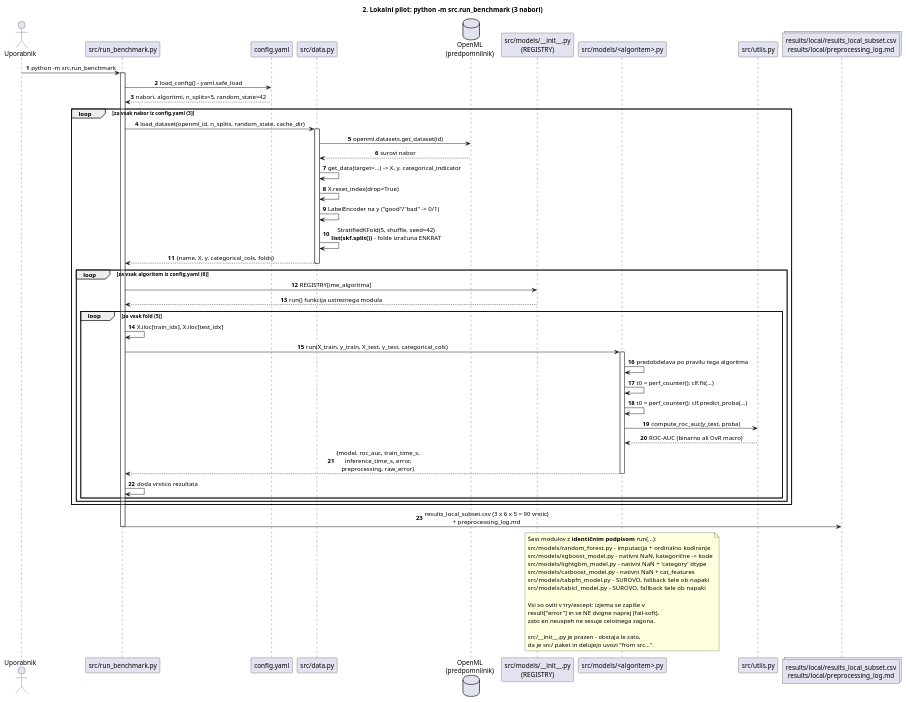
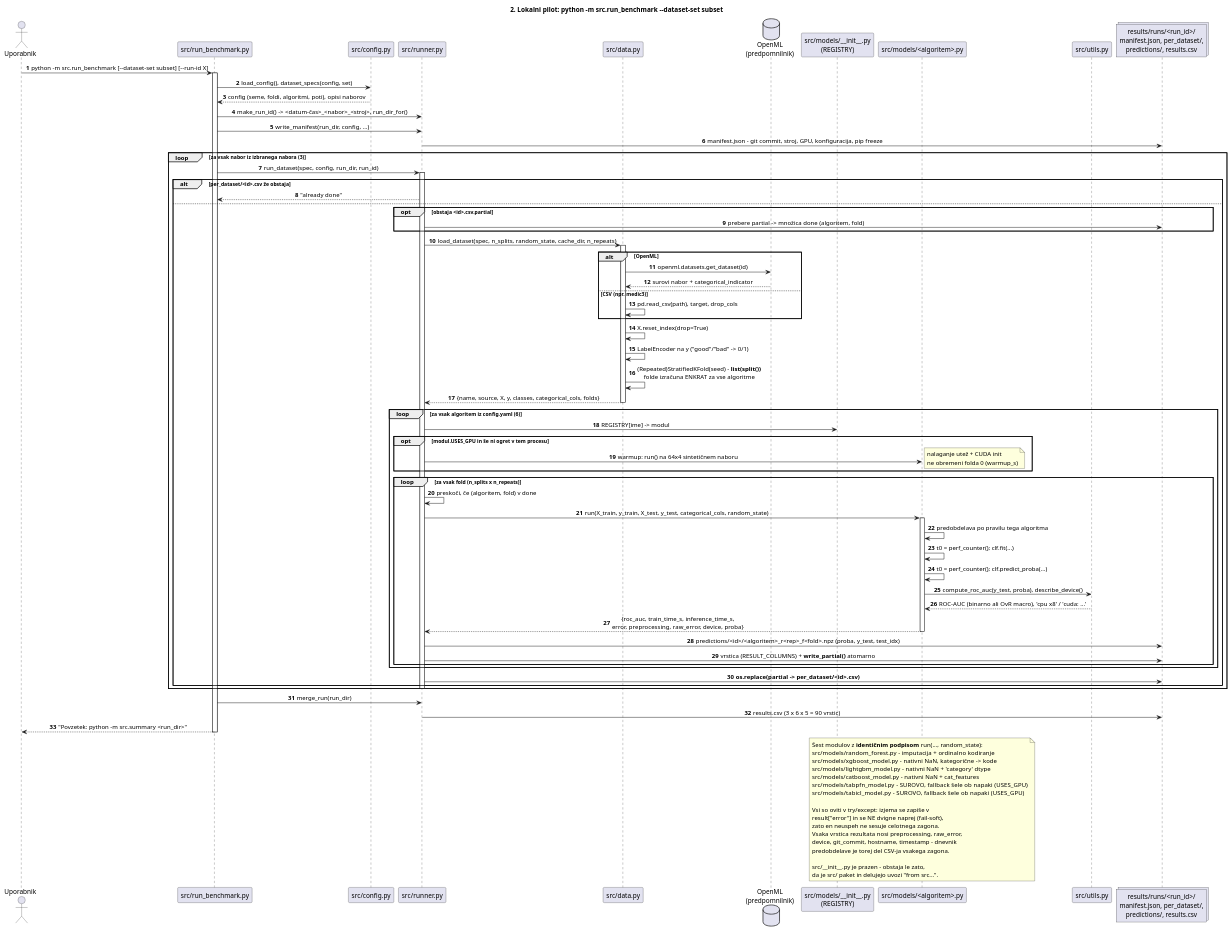
One commit to TilenZrnec/Diplomsko-delo_Koda changed the second of 4 diagrams in razlaga_repozitorija/zaporedje.puml. Above: the diagram before and after it, drawn with PlantUML. The commit also changed other lines of this file and 30 other files, not shown here.

First line of the commit message:
Restructure benchmark: one runner, config-driven, per-run directories, stats

```diff
--- a/razlaga_repozitorija/zaporedje.puml
+++ b/razlaga_repozitorija/zaporedje.puml
@@ -87,75 +94,101 @@
 @startuml 02_lokalni_pilot
-title 2. Lokalni pilot: python -m src.run_benchmark (3 nabori)
+title 2. Lokalni pilot: python -m src.run_benchmark ~--dataset-set subset
 
 skinparam sequenceMessageAlign center
 autonumber
 
 actor "Uporabnik" as U
 participant "src/run_benchmark.py" as BENCH
-participant "config.yaml" as CFG
+participant "src/config.py" as CFGPY
+participant "src/runner.py" as RUN
 participant "src/data.py" as DATA
 database "OpenML\n(predpomnilnik)" as OML
 participant "src/models/~__init~__.py\n(REGISTRY)" as REG
 participant "src/models/<algoritem>.py" as MODEL
 participant "src/utils.py" as UTILS
-collections "results/local/results_local_subset.csv\nresults/local/preprocessing_log.md" as OUT
+collections "results/runs/<run_id>/\nmanifest.json, per_dataset/,\npredictions/, results.csv" as OUT
 
-U -> BENCH : python -m src.run_benchmark
+U -> BENCH : python -m src.run_benchmark [~--dataset-set subset] [~--run-id X]
 activate BENCH
 
-BENCH -> CFG : load_config() - yaml.safe_load
-CFG --> BENCH : nabori, algoritmi, n_splits=5, random_state=42
+BENCH -> CFGPY : load_config(), dataset_specs(config, set)
+CFGPY --> BENCH : config (seme, foldi, algoritmi, poti), opisi naborov
+BENCH -> RUN : make_run_id() -> <datum-čas>_<nabor>_<stroj>, run_dir_for()
+BENCH -> RUN : write_manifest(run_dir, config, ...)
+RUN -> OUT : manifest.json - git commit, stroj, GPU, konfiguracija, pip freeze
 
-loop za vsak nabor iz config.yaml (3)
-    BENCH -> DATA : load_dataset(openml_id, n_splits, random_state, cache_dir)
-    activate DATA
-    DATA -> OML : openml.datasets.get_dataset(id)
-    OML --> DATA : surovi nabor
-    DATA -> DATA : get_data(target=...) -> X, y, categorical_indicator
-    DATA -> DATA : X.reset_index(drop=True)
-    DATA -> DATA : LabelEncoder na y ("good"/"bad" -> 0/1)
-    DATA -> DATA : StratifiedKFold(5, shuffle, seed=42)\n**list(skf.split())** - folde izračuna ENKRAT
-    DATA --> BENCH : {name, X, y, categorical_cols, folds}
-    deactivate DATA
+loop za vsak nabor iz izbranega nabora (3)
+    BENCH -> RUN : run_dataset(spec, config, run_dir, run_id)
+    activate RUN
+    alt per_dataset/<id>.csv že obstaja
+        RUN --> BENCH : "already done"
+    else
+        opt obstaja <id>.csv.partial
+            RUN -> OUT : prebere partial -> množica done (algoritem, fold)
+        end
+        RUN -> DATA : load_dataset(spec, n_splits, random_state, cache_dir, n_repeats)
+        activate DATA
+        alt OpenML
+            DATA -> OML : openml.datasets.get_dataset(id)
+            OML --> DATA : surovi nabor + categorical_indicator
+        else CSV (npr. medic3)
+            DATA -> DATA : pd.read_csv(path), target, drop_cols
+        end
+        DATA -> DATA : X.reset_index(drop=True)
+        DATA -> DATA : LabelEncoder na y ("good"/"bad" -> 0/1)
+        DATA -> DATA : (Repeated)StratifiedKFold(seed) - **list(split())**\nfolde izračuna ENKRAT za vse algoritme
+        DATA --> RUN : {name, source, X, y, classes, categorical_cols, folds}
+        deactivate DATA
 
-    loop za vsak algoritem iz config.yaml (6)
-        BENCH -> REG : REGISTRY[ime_algoritma]
-        REG --> BENCH : run() funkcija ustreznega modula
-
-        loop za vsak fold (5)
-            BENCH -> BENCH : X.iloc[train_idx], X.iloc[test_idx]
-            BENCH -> MODEL : run(X_train, y_train, X_test, y_test, categorical_cols)
-            activate MODEL
-            MODEL -> MODEL : predobdelava po pravilu tega algoritma
-            MODEL -> MODEL : t0 = perf_counter(); clf.fit(...)
-            MODEL -> MODEL : t0 = perf_counter(); clf.predict_proba(...)
-            MODEL -> UTILS : compute_roc_auc(y_test, proba)
-            UTILS --> MODEL : ROC-AUC (binarno ali OvR macro)
-            MODEL --> BENCH : {model, roc_auc, train_time_s,\ninference_time_s, error,\npreprocessing, raw_error}
-            deactivate MODEL
-            BENCH -> BENCH : doda vrstico rezultata
+        loop za vsak algoritem iz config.yaml (6)
+            RUN -> REG : REGISTRY[ime] -> modul
+            opt modul.USES_GPU in še ni ogret v tem procesu
+                RUN -> MODEL : warmup: run() na 64x4 sintetičnem naboru
+                note right: nalaganje utež + CUDA init\nne obremeni folda 0 (warmup_s)
+            end
+            loop za vsak fold (n_splits x n_repeats)
+                RUN -> RUN : preskoči, če (algoritem, fold) v done
+                RUN -> MODEL : run(X_train, y_train, X_test, y_test, categorical_cols, random_state)
+                activate MODEL
+                MODEL -> MODEL : predobdelava po pravilu tega algoritma
+                MODEL -> MODEL : t0 = perf_counter(); clf.fit(...)
+                MODEL -> MODEL : t0 = perf_counter(); clf.predict_proba(...)
+                MODEL -> UTILS : compute_roc_auc(y_test, proba), describe_device()
+                UTILS --> MODEL : ROC-AUC (binarno ali OvR macro), 'cpu x8' / 'cuda: ...'
+                MODEL --> RUN : {roc_auc, train_time_s, inference_time_s,\nerror, preprocessing, raw_error, device, proba}
+                deactivate MODEL
+                RUN -> OUT : predictions/<id>/<algoritem>_r<rep>_f<fold>.npz (proba, y_test, test_idx)
+                RUN -> OUT : vrstica (RESULT_COLUMNS) + **write_partial()** atomarno
+            end
         end
+        RUN -> OUT : **os.replace(partial -> per_dataset/<id>.csv)**
     end
+    deactivate RUN
 end
 
-BENCH -> OUT : results_local_subset.csv (3 x 6 x 5 = 90 vrstic)\n+ preprocessing_log.md
+BENCH -> RUN : merge_run(run_dir)
+RUN -> OUT : results.csv (3 x 6 x 5 = 90 vrstic)
+BENCH --> U : "Povzetek: python -m src.summary <run_dir>"
 deactivate BENCH
 
 note over MODEL
-  Šest modulov z **identičnim podpisom** run(...):
+  Šest modulov z **identičnim podpisom** run(..., random_state):
   src/models/random_forest.py   - imputacija + ordinalno kodiranje
   src/models/xgboost_model.py   - nativni NaN, kategorične -> kode
   src/models/lightgbm_model.py  - nativni NaN + 'category' dtype
   src/models/catboost_model.py  - nativni NaN + cat_features
-  src/models/tabpfn_model.py    - SUROVO, fallback šele ob napaki
-  src/models/tabicl_model.py    - SUROVO, fallback šele ob napaki
+  src/models/tabpfn_model.py    - SUROVO, fallback šele ob napaki (USES_GPU)
+  src/models/tabicl_model.py    - SUROVO, fallback šele ob napaki (USES_GPU)
 
   Vsi so oviti v try/except: izjema se zapiše v
   result["error"] in se NE dvigne naprej (fail-soft),
   zato en neuspeh ne sesuje celotnega zagona.
+  Vsaka vrstica rezultata nosi preprocessing, raw_error,
+  device, git_commit, hostname, timestamp - dnevnik
+  predobdelave je torej del CSV-ja vsakega zagona.
 
   src/~__init~__.py je prazen - obstaja le zato,
   da je src/ paket in delujejo uvozi "from src...".
 end note
 
 @enduml
```
